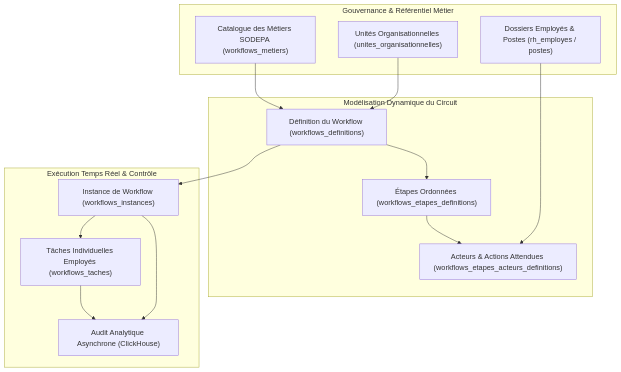
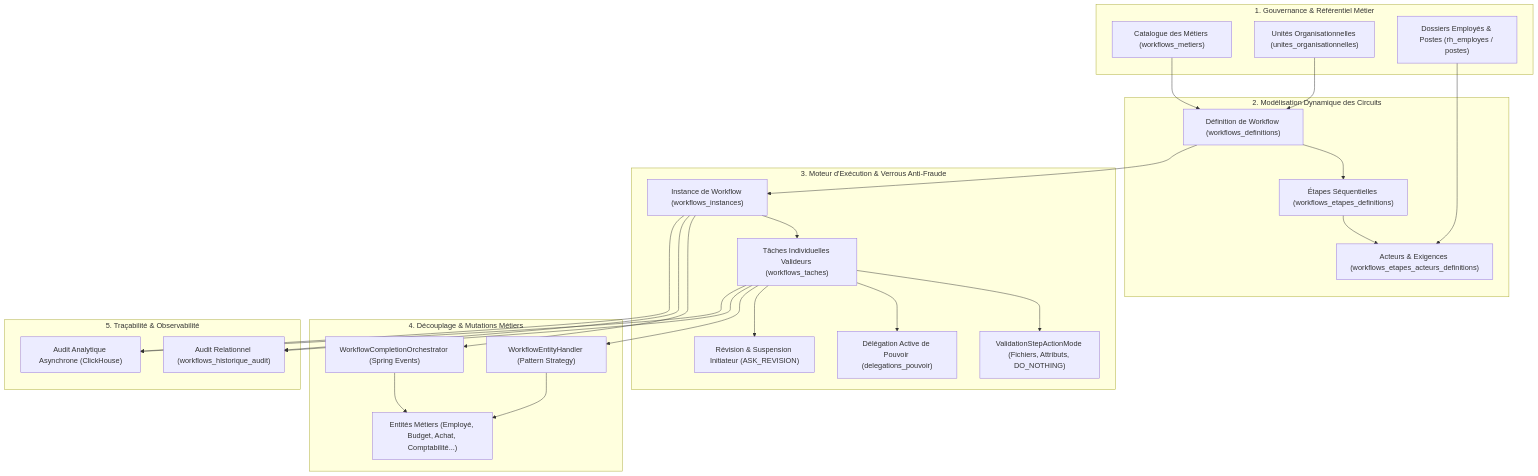
One commit to blingard/sodepa_backend changed the first of 4 diagrams in WORKFLOW_VISION_ET_ARCHITECTURE.md. Above: the diagram before and after it, drawn with Mermaid. The commit also changed other lines of this file and 143 other files, not shown here.

First line of the commit message:
feat(workflow): convergence universelle du moteur de workflow et resolution complete des ecarts D1-D12

````diff
--- a/WORKFLOW_VISION_ET_ARCHITECTURE.md
+++ b/WORKFLOW_VISION_ET_ARCHITECTURE.md
@@ -7,30 +7,52 @@
 ```mermaid
 flowchart TD
-    subgraph Gouvernance["Gouvernance & Référentiel Métier"]
-        M["Catalogue des Métiers SODEPA (workflows_metiers)"]
+    subgraph Gouvernance["1. Gouvernance & Référentiel Métier"]
+        M["Catalogue des Métiers (workflows_metiers)"]
         UO["Unités Organisationnelles (unites_organisationnelles)"]
         EMP["Dossiers Employés & Postes (rh_employes / postes)"]
     end
 
-    subgraph Definition["Modélisation Dynamique du Circuit"]
-        WD["Définition du Workflow (workflows_definitions)"]
-        WE["Étapes Ordonnées (workflows_etapes_definitions)"]
-        WA["Acteurs & Actions Attendues (workflows_etapes_acteurs_definitions)"]
+    subgraph Definition["2. Modélisation Dynamique des Circuits"]
+        WD["Définition de Workflow (workflows_definitions)"]
+        WE["Étapes Séquentielles (workflows_etapes_definitions)"]
+        WA["Acteurs & Exigences (workflows_etapes_acteurs_definitions)"]
     end
 
-    subgraph Execution["Exécution Temps Réel & Contrôle"]
+    subgraph Execution["3. Moteur d'Exécution & Verrous Anti-Fraude"]
         WI["Instance de Workflow (workflows_instances)"]
-        WT["Tâches Individuelles Employés (workflows_taches)"]
+        WT["Tâches Individuelles Valideurs (workflows_taches)"]
+        ACT["ValidationStepActionMode (Fichiers, Attributs, DO_NOTHING)"]
+        REV["Révision & Suspension Initiateur (ASK_REVISION)"]
+        DEL["Délégation Active de Pouvoir (delegations_pouvoir)"]
+    end
+
+    subgraph MutationMetier["4. Découplage & Mutations Métiers"]
+        STRAT["WorkflowEntityHandler (Pattern Strategy)"]
+        ORCH["WorkflowCompletionOrchestrator (Spring Events)"]
+        DOM["Entités Métiers (Employé, Budget, Achat, Comptabilité...)"]
+    end
+
+    subgraph Audit["5. Traçabilité & Observabilité"]
+        AUD["Audit Relationnel (workflows_historique_audit)"]
         CH["Audit Analytique Asynchrone (ClickHouse)"]
     end
 
     M --> WD
     UO --> WD
     WD --> WE
     WE --> WA
     EMP --> WA
     WD --> WI
     WI --> WT
+    WT --> ACT
+    WT --> DEL
+    WT --> REV
+    WT --> STRAT
+    WI --> ORCH
+    STRAT --> DOM
+    ORCH --> DOM
+    WT --> AUD
     WT --> CH
+    WI --> AUD
     WI --> CH
 ```
````
